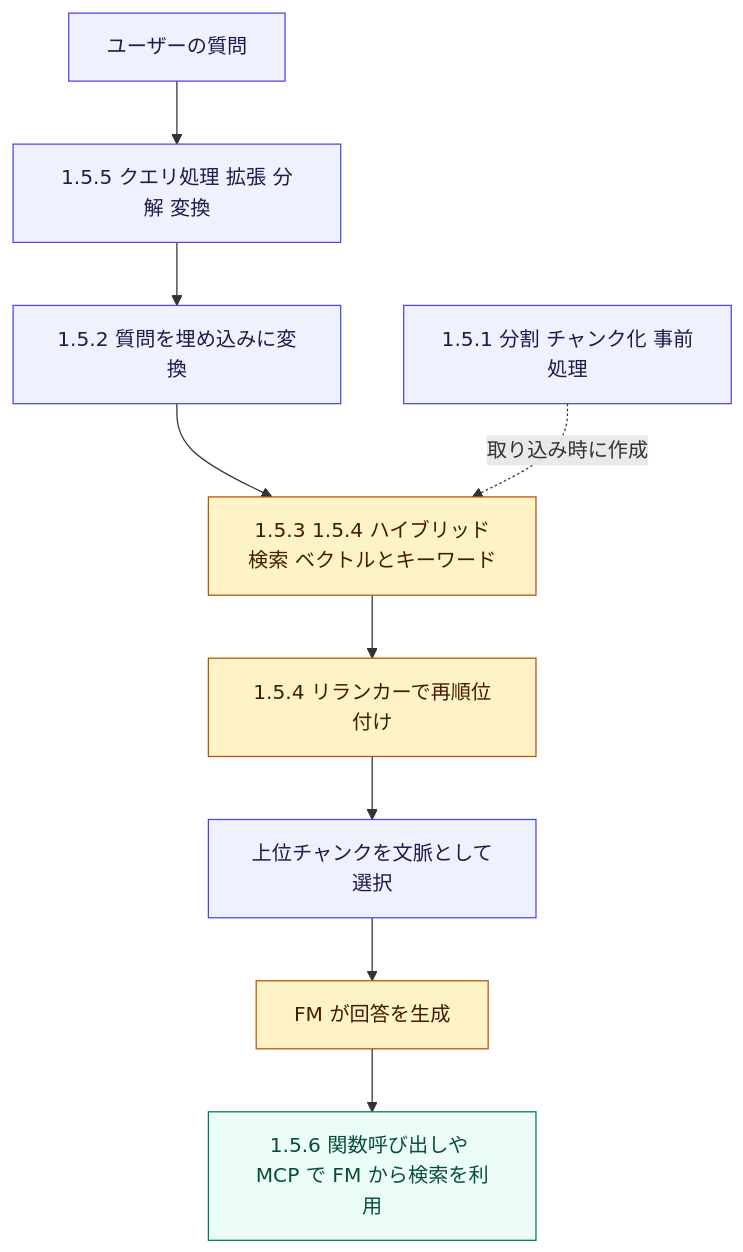
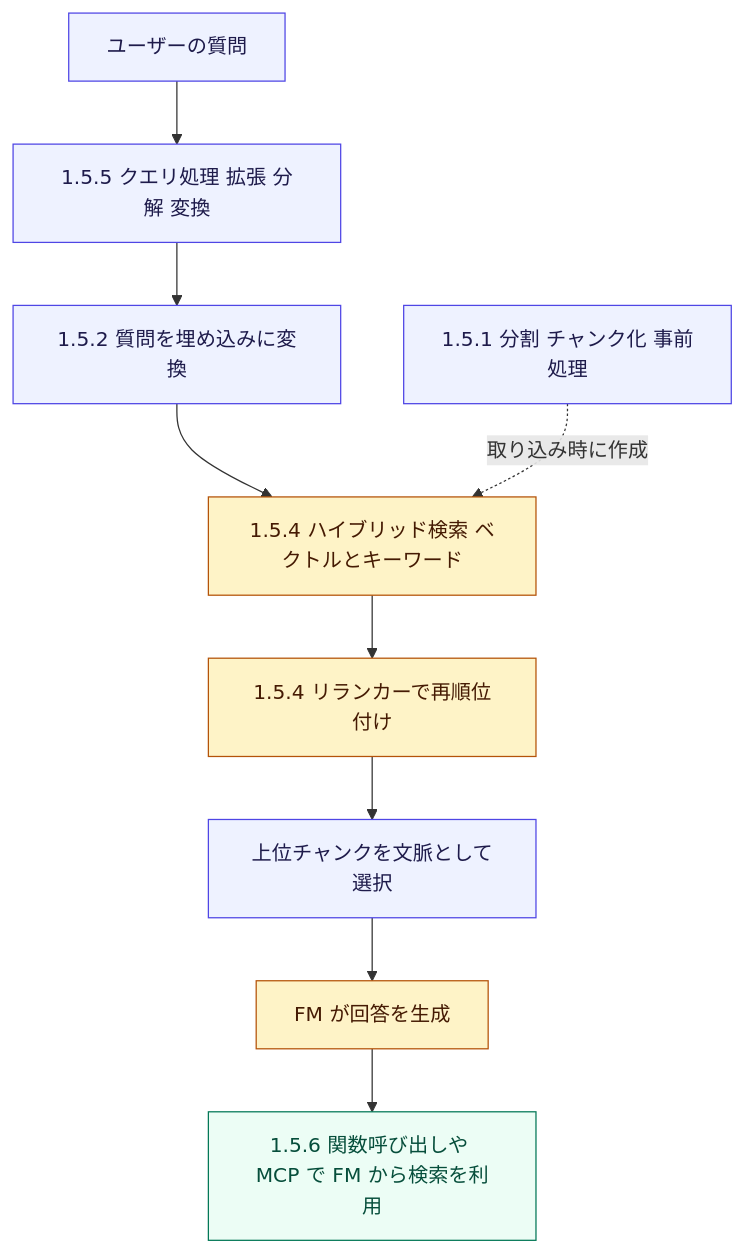
Diagram 12 of 21 in Aws-aip-c01-domain1-guide.md (myoshi2891/Cloud-Infrastructure-and-Network-Studies), drawn with Mermaid before and after one commit. The commit also changed other lines of this file and 1 other file, not shown here.

Commit message:
docs(aws): strengthen log masking, query flow, and language-aware PII detection in AIP-C01 guides

````diff
--- a/Aws-aip-c01-domain1-guide.md
+++ b/Aws-aip-c01-domain1-guide.md
@@ -749,17 +749,17 @@
 ```mermaid
 flowchart TD
     Q["ユーザーの質問"] --> QH["1.5.5 クエリ処理 拡張 分解 変換"]
     QH --> EM["1.5.2 質問を埋め込みに変換"]
-    EM --> HS["1.5.3 1.5.4 ハイブリッド検索 ベクトルとキーワード"]
+    EM --> HS["1.5.4 ハイブリッド検索 ベクトルとキーワード"]
     HS --> RR["1.5.4 リランカーで再順位付け"]
     RR --> CTX["上位チャンクを文脈として選択"]
     CTX --> FM["FM が回答を生成"]
     CH["1.5.1 分割 チャンク化 事前処理"] -.->|"取り込み時に作成"| HS
     FM --> ACC["1.5.6 関数呼び出しや MCP で FM から検索を利用"]
     classDef box fill:#eef2ff,stroke:#4f46e5,color:#1e1b4b
     classDef hub fill:#fef3c7,stroke:#b45309,color:#451a03
     classDef done fill:#ecfdf5,stroke:#047857,color:#064e3b
     class Q,QH,EM,CH,CTX box
     class HS,RR,FM hub
     class ACC done
 ```
````
